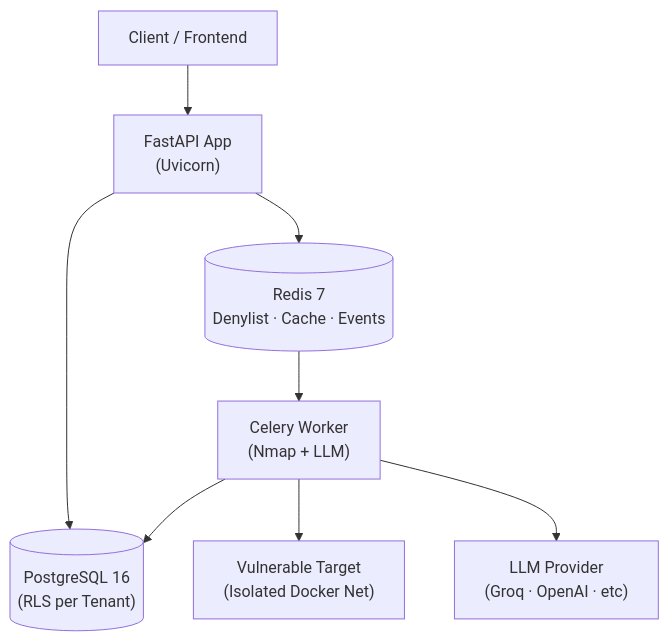
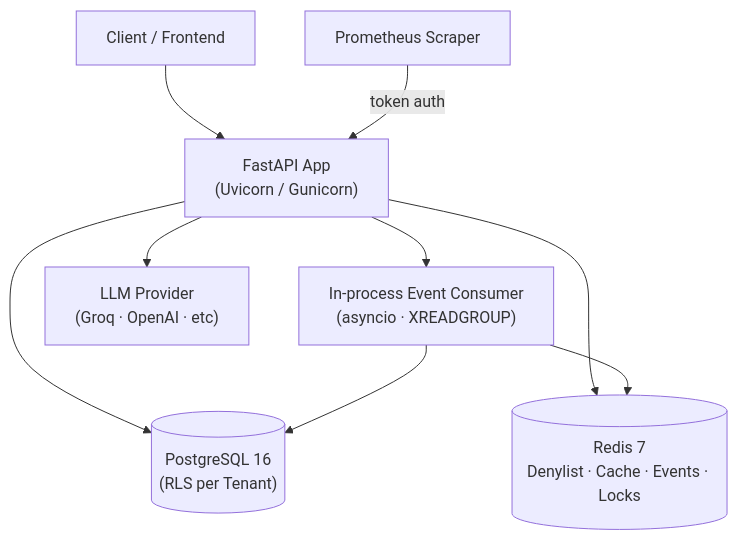
Before and after one commit to Dani1lopez/soc360-pymes: the first of 3 diagrams in README.md, drawn with Mermaid. The commit also changed other lines of this file and 2 other files, not shown here.

````diff
--- a/README.md
+++ b/README.md
@@ -55,10 +57,11 @@
 ```mermaid
 graph TB
-    Client["Client / Frontend"] --> API["FastAPI App<br/>(Uvicorn)"]
+    Client["Client / Frontend"] --> API["FastAPI App<br/>(Uvicorn / Gunicorn)"]
     API --> PG[("PostgreSQL 16<br/>(RLS per Tenant)")]
-    API --> Redis[("Redis 7<br/>Denylist · Cache · Events")]
-    Redis --> Worker["Celery Worker<br/>(Nmap + LLM)"]
-    Worker --> Target["Vulnerable Target<br/>(Isolated Docker Net)"]
-    Worker --> PG
-    Worker --> LLM["LLM Provider<br/>(Groq · OpenAI · etc)"]
+    API --> Redis[("Redis 7<br/>Denylist · Cache · Events · Locks")]
+    API --> Consumer["In-process Event Consumer<br/>(asyncio · XREADGROUP)"]
+    Consumer --> Redis
+    Consumer --> PG
+    API --> LLM["LLM Provider<br/>(Groq · OpenAI · etc)"]
+    Scraper["Prometheus Scraper"] -->|token auth| API
 ```
````
